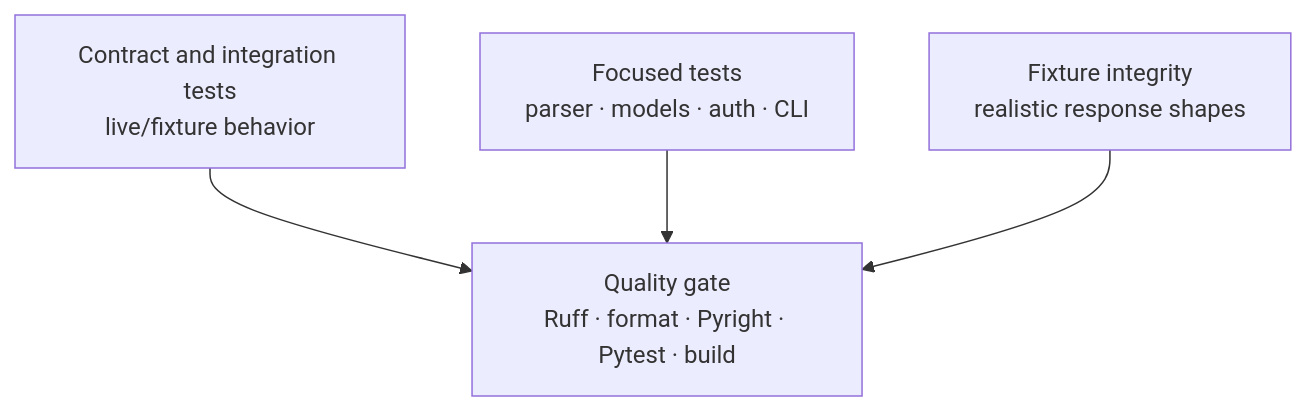
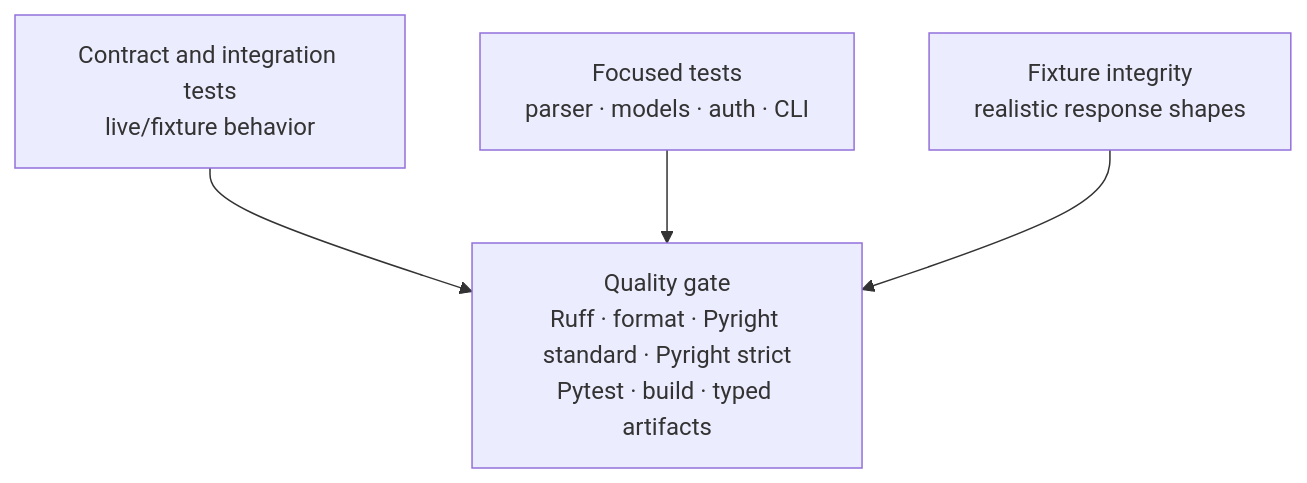
Diagram 12 of 12 in docs/08_architecture.md (ignazhabibi/vi_api_client), drawn with Mermaid before and after one commit. The commit also changed other lines of this file and 17 other files, not shown here.

First line of the commit message:
feat(types): enforce strict typing and verify typed distributions (#106)

````diff
--- a/docs/08_architecture.md
+++ b/docs/08_architecture.md
@@ -643,10 +667,10 @@
 ```mermaid
 flowchart TB
     Contract["Contract and integration tests<br/>live/fixture behavior"]
     Focused["Focused tests<br/>parser · models · auth · CLI"]
     Fixtures["Fixture integrity<br/>realistic response shapes"]
-    Quality["Quality gate<br/>Ruff · format · Pyright · Pytest · build"]
+    Quality["Quality gate<br/>Ruff · format · Pyright standard · Pyright strict<br/>Pytest · build · typed artifacts"]
     Contract --> Quality
     Focused --> Quality
     Fixtures --> Quality
 ```
````
